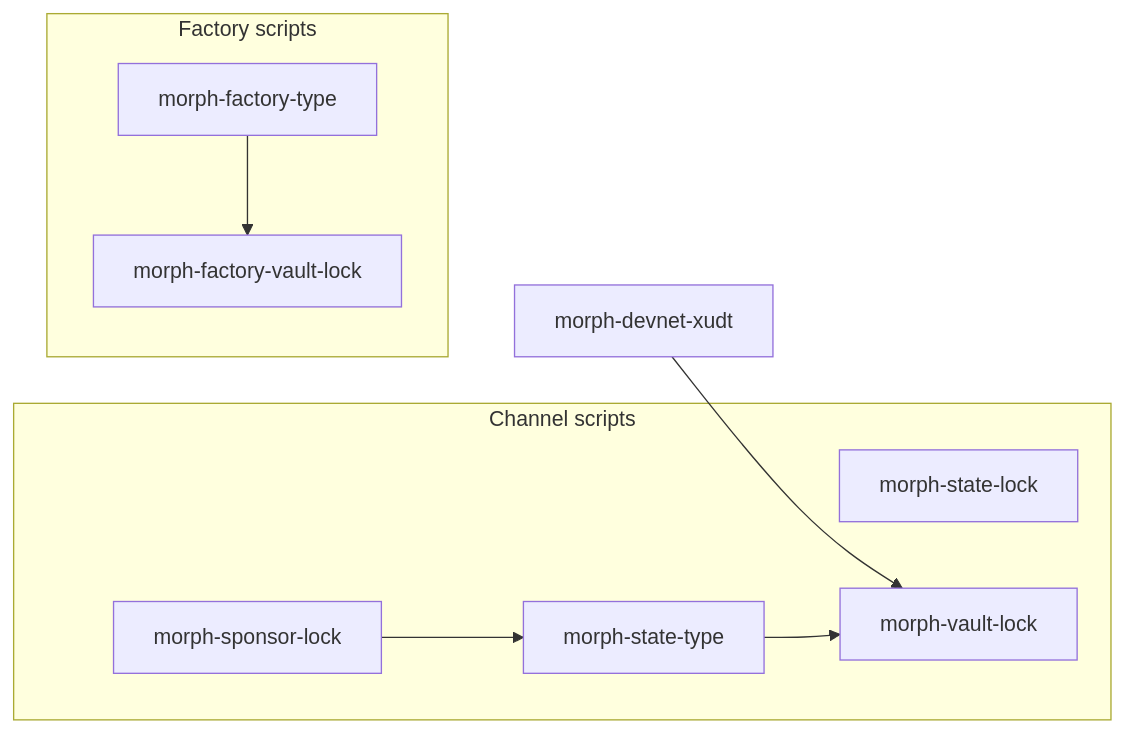
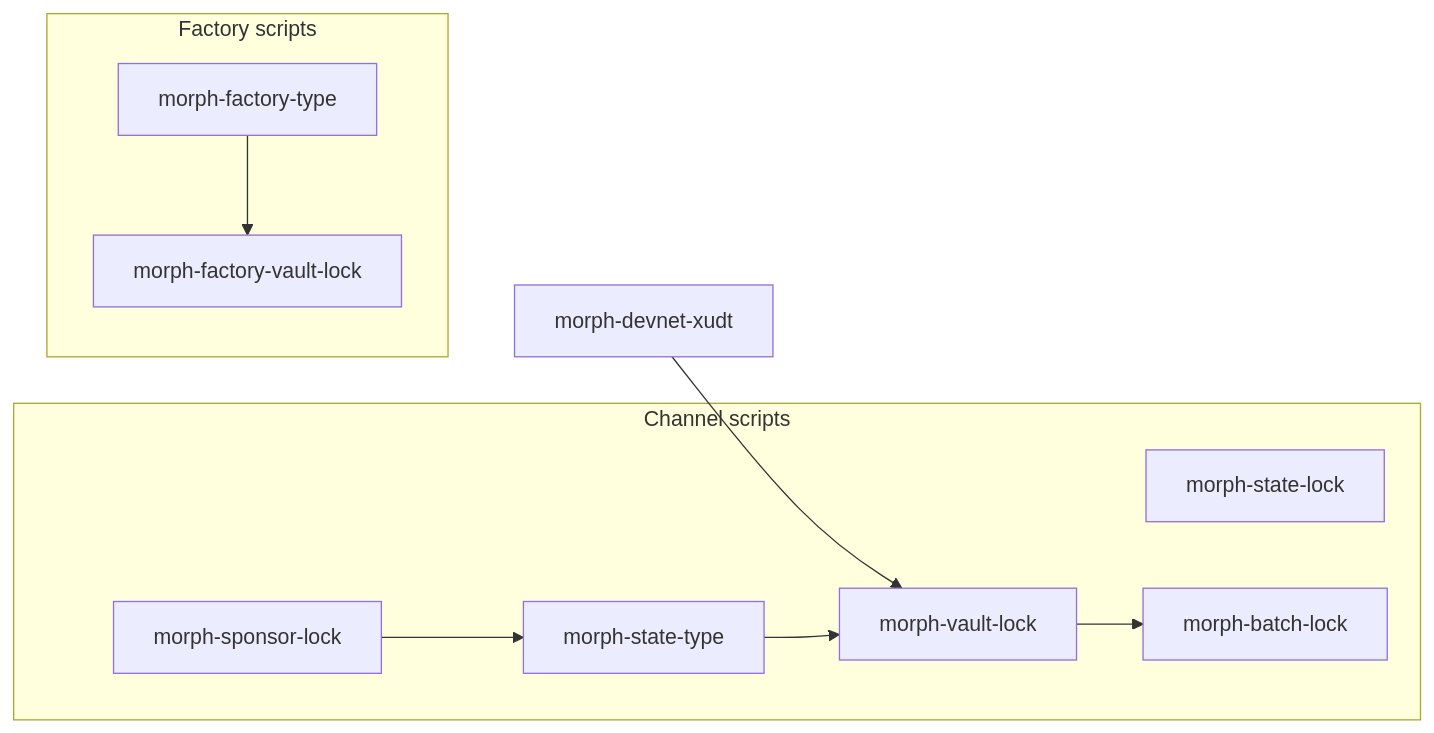
The third of 6 diagrams in docs/implementation.md (a19q3/Morph), drawn with Mermaid before and after one commit. The commit also changed other lines of this file and 50 other files, not shown here.

Commit message:
release: add Morph 3.0 conditional batch settlement

````diff
--- a/docs/implementation.md
+++ b/docs/implementation.md
@@ -144,17 +144,19 @@
 ```mermaid
 flowchart LR
     subgraph State["Channel scripts"]
       SL["morph-state-lock"]
       ST["morph-state-type"]
       VL["morph-vault-lock"]
+      BL["morph-batch-lock"]
       SP["morph-sponsor-lock"]
     end
     subgraph Factory["Factory scripts"]
       FT["morph-factory-type"]
       FVL["morph-factory-vault-lock"]
     end
     X["morph-devnet-xudt"] --> VL
     ST --> VL
+    VL --> BL
     SP --> ST
     FT --> FVL
 ```
````
